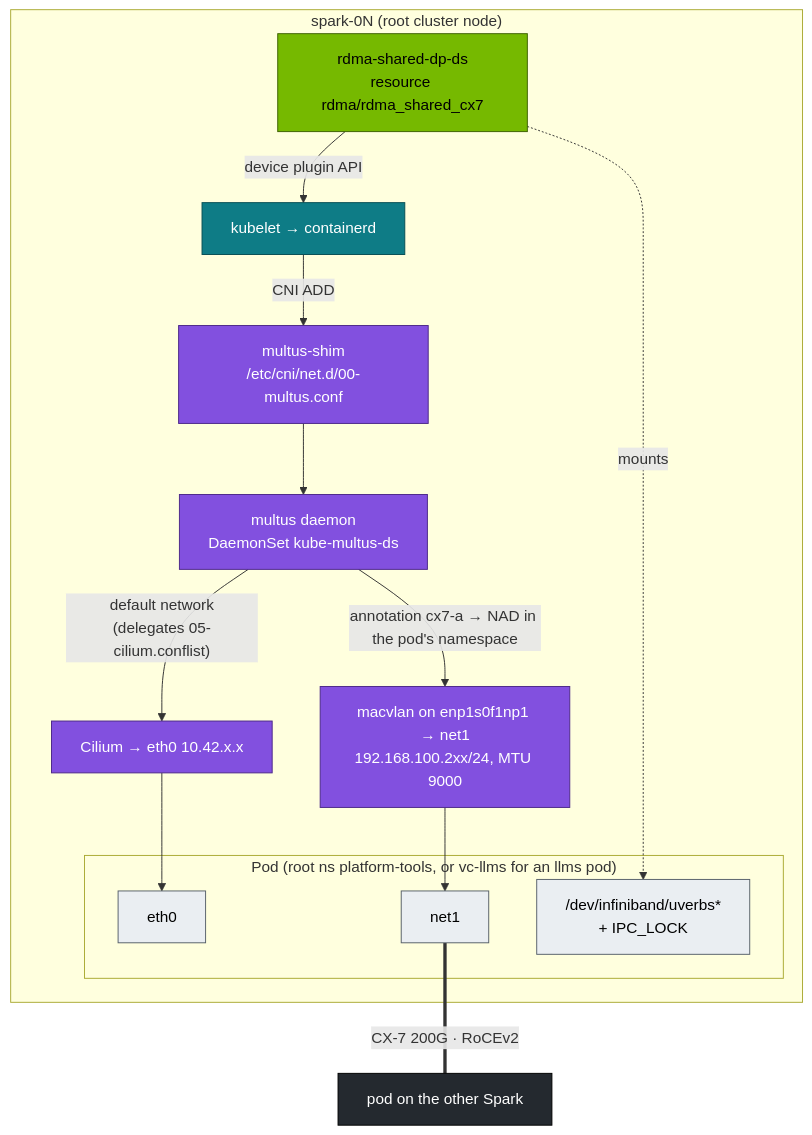
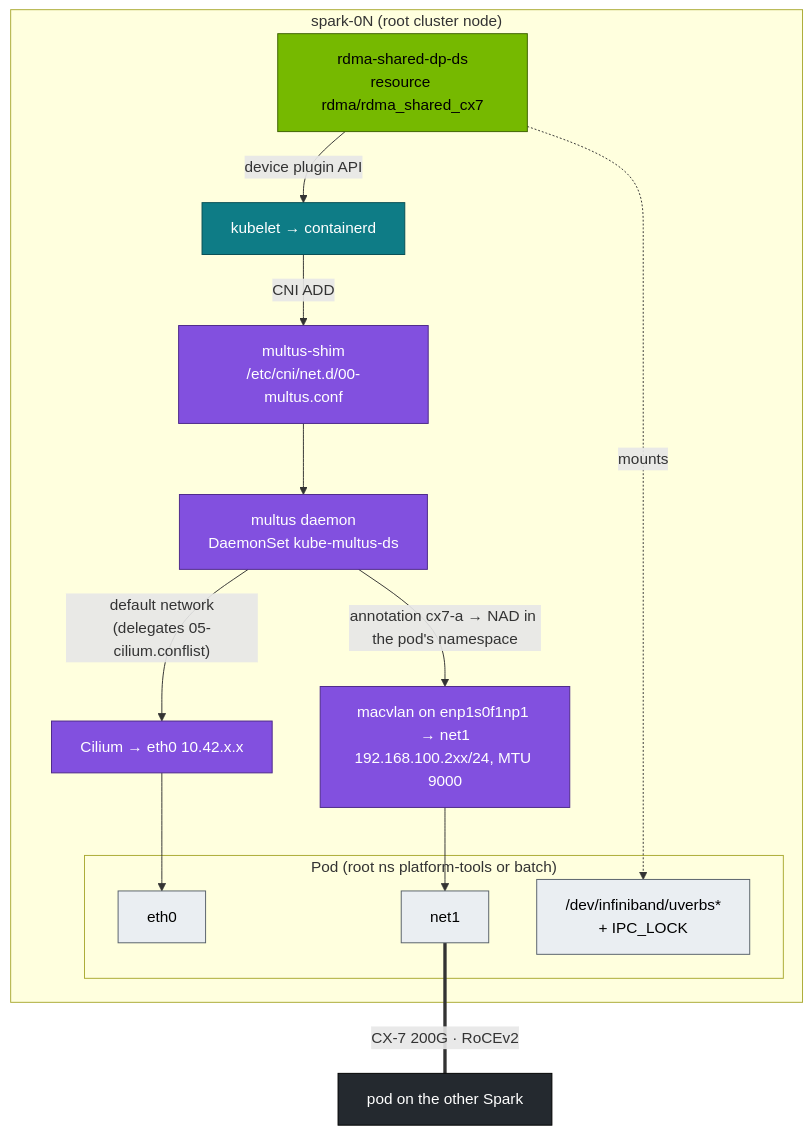
Before and after one commit to cloudone365/technical-depth: the diagram in 01-Ansible/21-multus-and-secondary-rdma-networks.md, drawn with Mermaid. The commit also changed other lines of this file and 58 other files, not shown here.

First line of the commit message:
Docs: dev-llms sandbox vCluster, LLM stack on the root, shared ~90 GiB pool, headless DGX OS

````diff
--- a/01-Ansible/21-multus-and-secondary-rdma-networks.md
+++ b/01-Ansible/21-multus-and-secondary-rdma-networks.md
@@ -32,29 +32,29 @@
 ```mermaid
 flowchart TB
   subgraph NODE["spark-0N (root cluster node)"]
     KUBELET["kubelet → containerd"] -->|"CNI ADD"| SHIM["multus-shim<br/>/etc/cni/net.d/00-multus.conf"]
     SHIM --> MD["multus daemon<br/>DaemonSet kube-multus-ds"]
     MD -->|"default network<br/>(delegates 05-cilium.conflist)"| CIL["Cilium → eth0 10.42.x.x"]
     MD -->|"annotation cx7-a → NAD in the pod's namespace"| MACVLAN["macvlan on enp1s0f1np1 → net1<br/>192.168.100.2xx/24, MTU 9000"]
     DP["rdma-shared-dp-ds<br/>resource rdma/rdma_shared_cx7"] -->|"device plugin API"| KUBELET
-    subgraph POD["Pod (root ns platform-tools, or vc-llms for an llms pod)"]
+    subgraph POD["Pod (root ns platform-tools or batch)"]
       E0["eth0"]
       N1["net1"]
       DEV["/dev/infiniband/uverbs*<br/>+ IPC_LOCK"]
     end
   end
   CIL --> E0
   MACVLAN --> N1
   DP -.mounts.-> DEV
   N1 ===|"CX-7 200G · RoCEv2"| OTHER["pod on the other Spark"]
   classDef node fill:#0e7c86,stroke:#064e54,color:#fff
   classDef net fill:#8250df,stroke:#4c2889,color:#fff
   classDef gpu fill:#76b900,stroke:#3d6000,color:#000
   classDef tenant fill:#eaeef2,stroke:#57606a,color:#000
   classDef ext fill:#24292f,stroke:#000,color:#fff
   class KUBELET node
   class SHIM,MD,CIL,MACVLAN net
   class DP gpu
   class E0,N1,DEV tenant
   class OTHER ext
 ```
````
